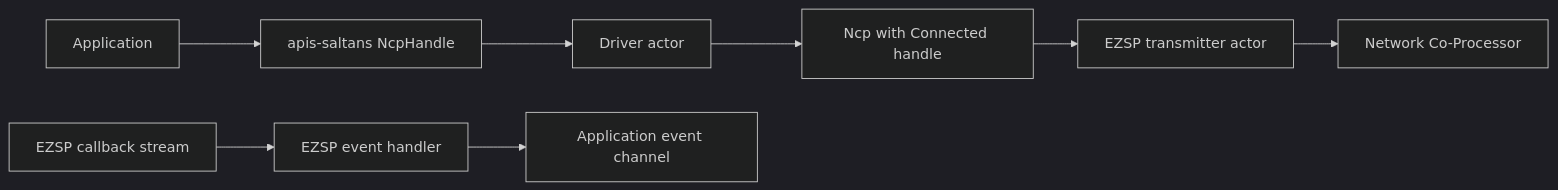
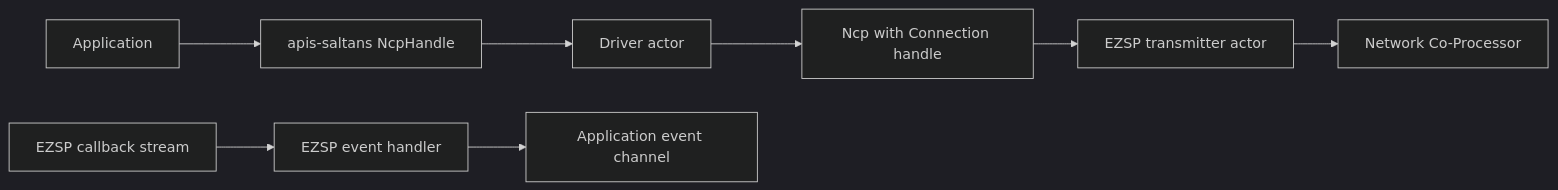
The sixth of 7 diagrams in ARCHITECTURE.md (PaulmannLighting/ezsp), drawn with Mermaid (dark theme) before and after one commit. The commit also changed other lines of this file and 21 other files, not shown here.

````diff
--- a/ARCHITECTURE.md
+++ b/ARCHITECTURE.md
@@ -334,10 +345,10 @@
 ```mermaid
 flowchart LR
     app[Application] --> hwHandle[apis-saltans NcpHandle]
     hwHandle --> hwActor[Driver actor]
-    hwActor --> ncp[Ncp with Connected handle]
+    hwActor --> ncp[Ncp with Connection handle]
     ncp --> ezspActor[EZSP transmitter actor]
     ezspActor --> device[Network Co-Processor]
     callbacks[EZSP callback stream] --> eventHandler[EZSP event handler]
     eventHandler --> appEvents[Application event channel]
 ```
````
